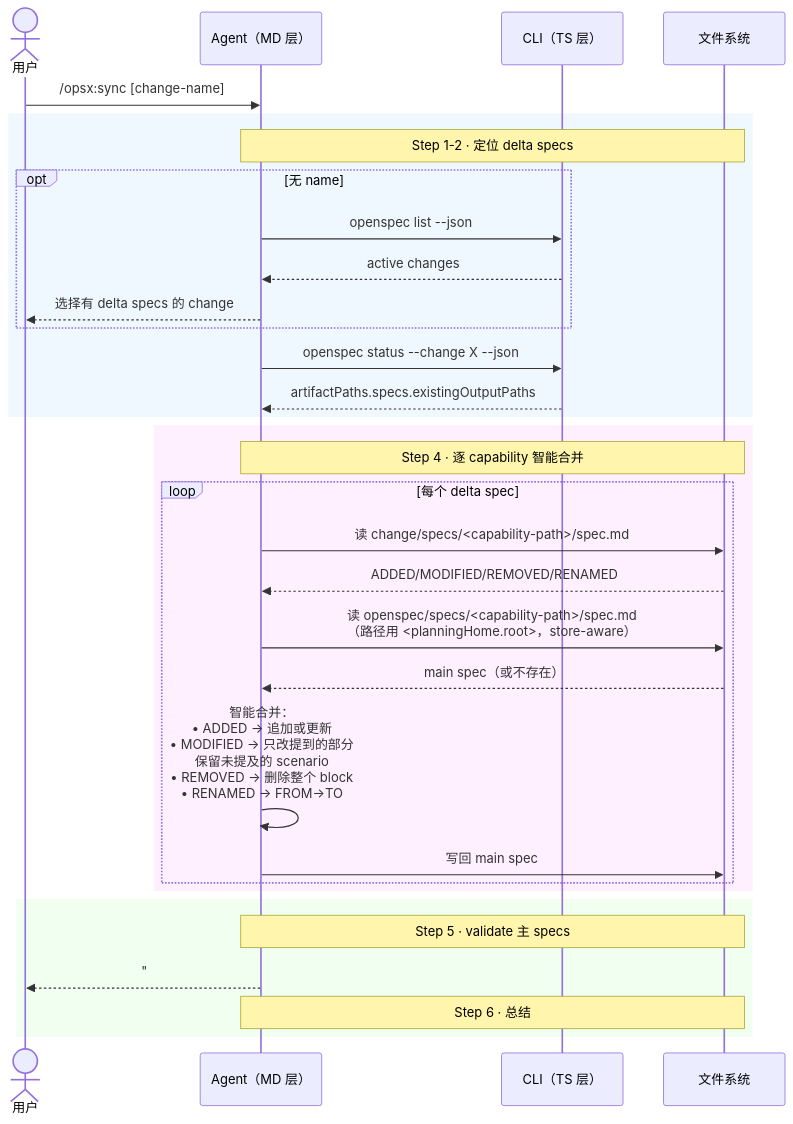
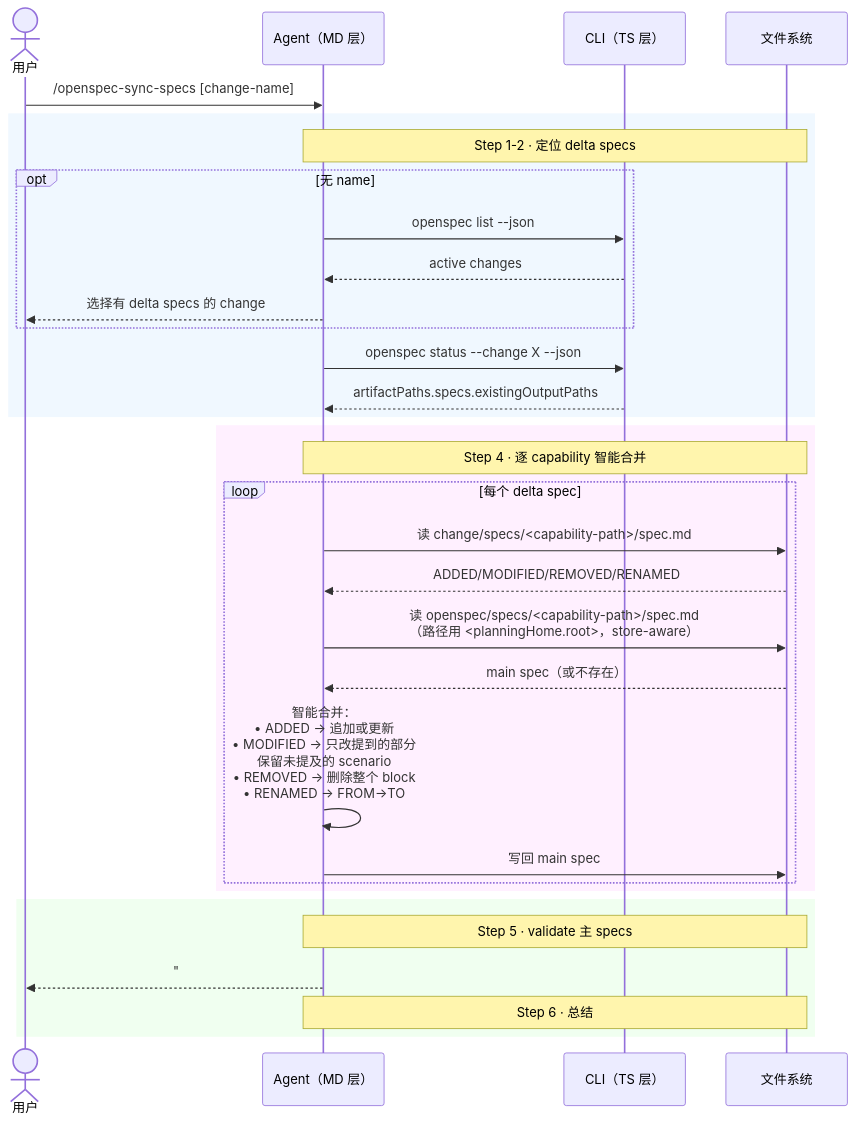
Before and after one commit to ethan-jiang-3/OpenSpec: the diagram in _digested/workflows/07-sync.md, drawn with Mermaid. The commit also changed other lines of this file and 63 other files, not shown here.

````diff
--- a/_digested/workflows/07-sync.md
+++ b/_digested/workflows/07-sync.md
@@ -39,38 +39,38 @@
 ```mermaid
 sequenceDiagram
     actor User as 用户
     participant MD as Agent（MD 层）
     participant TS as CLI（TS 层）
     participant FS as 文件系统
 
-    User->>MD: /opsx:sync [change-name]
+    User->>MD: /openspec-sync-specs [change-name]
 
     rect rgb(240, 248, 255)
         Note over MD,FS: Step 1-2 · 定位 delta specs
         opt 无 name
             MD->>TS: openspec list --json
             TS-->>MD: active changes
             MD-->>User: 选择有 delta specs 的 change
         end
         MD->>TS: openspec status --change X --json
         TS-->>MD: artifactPaths.specs.existingOutputPaths
     end
 
     rect rgb(255, 240, 255)
         Note over MD,FS: Step 4 · 逐 capability 智能合并
         loop 每个 delta spec
             MD->>FS: 读 change/specs/<capability-path>/spec.md
             FS-->>MD: ADDED/MODIFIED/REMOVED/RENAMED
             MD->>FS: 读 openspec/specs/<capability-path>/spec.md<br/>（路径用 <planningHome.root>，store-aware）
             FS-->>MD: main spec（或不存在）
             MD->>MD: 智能合并：<br/>• ADDED → 追加或更新<br/>• MODIFIED → 只改提到的部分<br/>  保留未提及的 scenario<br/>• REMOVED → 删除整个 block<br/>• RENAMED → FROM→TO
             MD->>FS: 写回 main spec
         end
     end
 
     rect rgb(240, 255, 240)
         Note over MD,FS: Step 5 · validate 主 specs
         MD-->>User: "## Specs Synced<br/>Updated: user-auth (+1 added, ~1 modified)<br/>Change remains active."
         Note over MD,FS: Step 6 · 总结
     end
 ```
````
